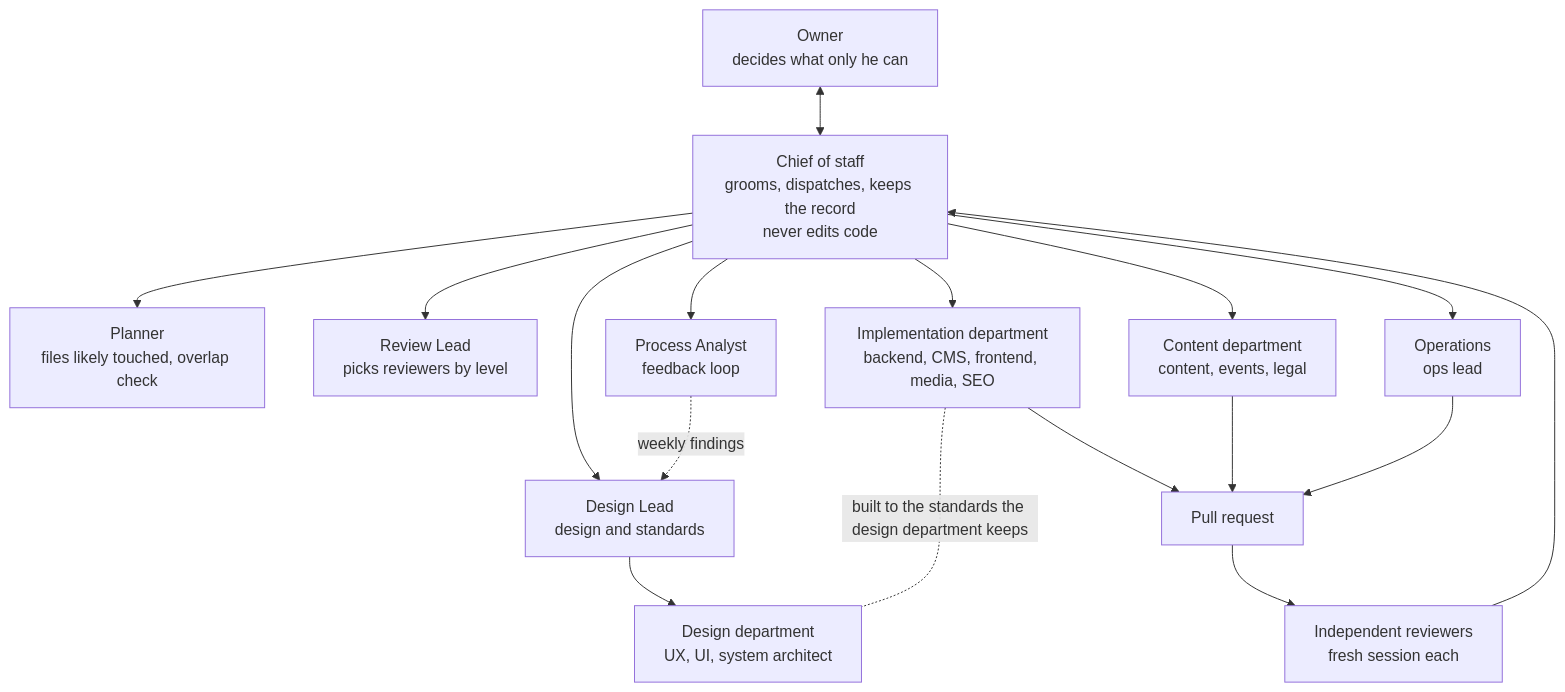
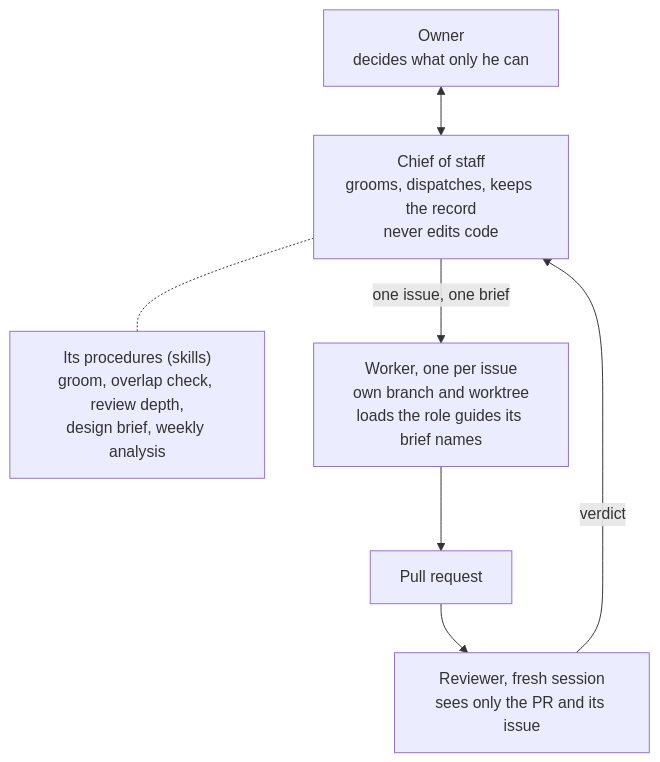
Before and after one commit to SprecherEast/sprecher-east-neighborhood-website: the first of 4 diagrams in docs/process/agent-operating-model.md, drawn with Mermaid. The commit also changed other lines of this file and 6 other files, not shown here.

````diff
--- a/docs/process/agent-operating-model.md
+++ b/docs/process/agent-operating-model.md
@@ -28,21 +38,15 @@
 ```mermaid
 flowchart TB
   O["Owner<br/>decides what only he can"]
   C["Chief of staff<br/>grooms, dispatches, keeps the record<br/>never edits code"]
+  S["Its procedures (skills)<br/>groom, overlap check, review depth,<br/>design brief, weekly analysis"]
+  W["Worker, one per issue<br/>own branch and worktree<br/>loads the role guides its brief names"]
+  PR["Pull request"]
+  REV["Reviewer, fresh session<br/>sees only the PR and its issue"]
   O <--> C
-  C --> P["Planner<br/>files likely touched, overlap check"]
-  C --> D["Design Lead<br/>design and standards"]
-  C --> R["Review Lead<br/>picks reviewers by level"]
-  C --> A["Process Analyst<br/>feedback loop"]
-  D --> DD["Design department<br/>UX, UI, system architect"]
-  C --> IMP["Implementation department<br/>backend, CMS, frontend, media, SEO"]
-  C --> CON["Content department<br/>content, events, legal"]
-  C --> OPS["Operations<br/>ops lead"]
-  IMP -. "built to the standards the design department keeps" .- DD
-  IMP --> PR["Pull request"]
-  CON --> PR
-  OPS --> PR
-  PR --> REV["Independent reviewers<br/>fresh session each"]
-  REV --> C
-  A -. "weekly findings" .-> D
+  C -.- S
+  C -->|"one issue, one brief"| W
+  W --> PR
+  PR --> REV
+  REV -->|"verdict"| C
 ```
````
